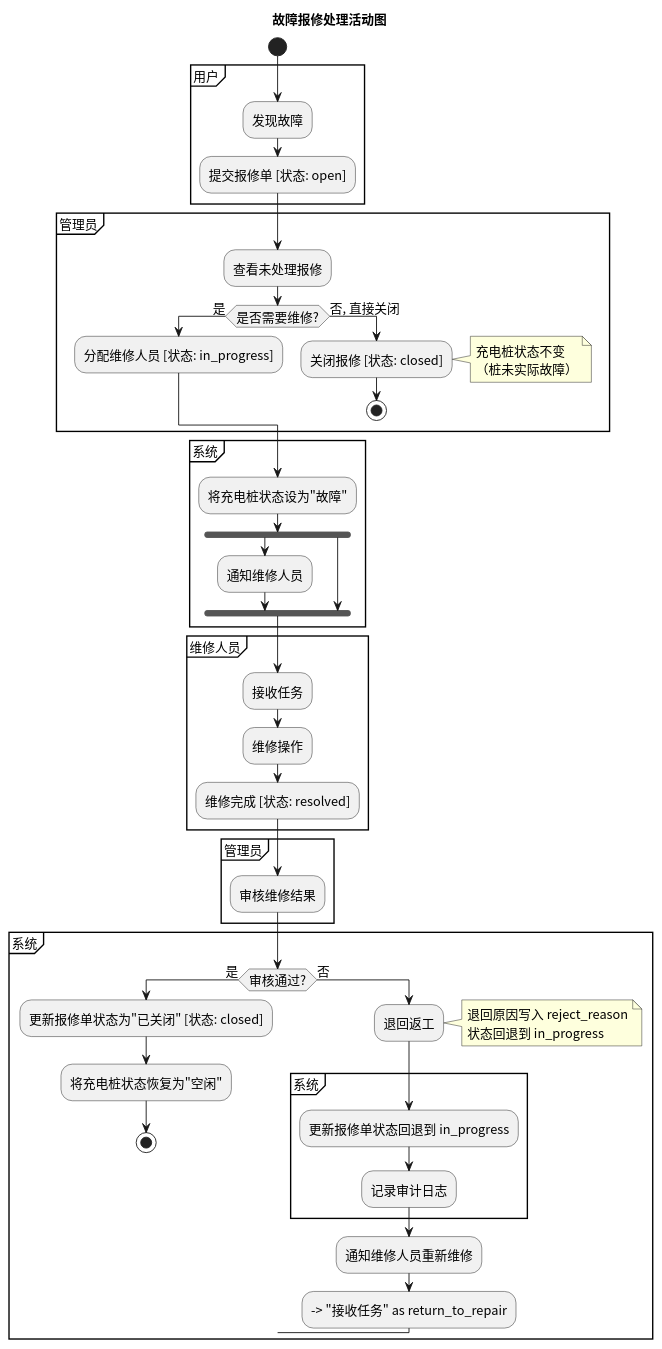
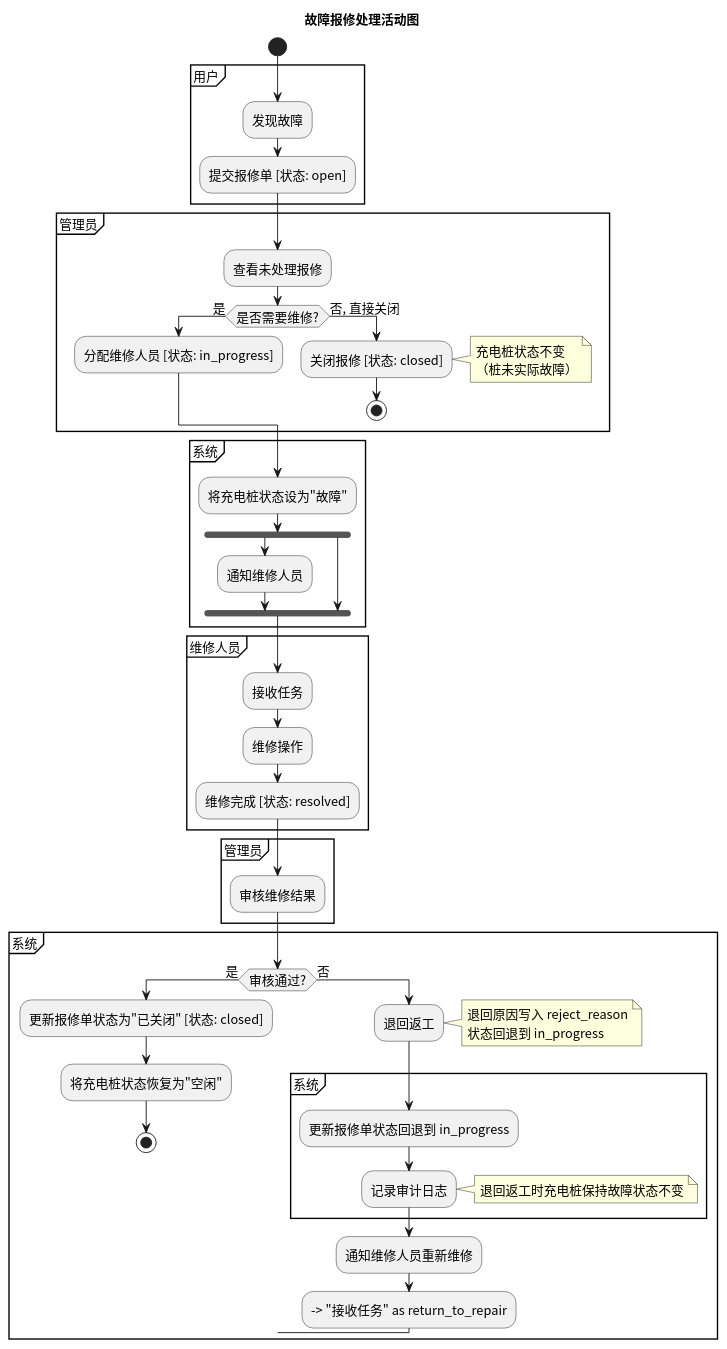
The diagram in activity/src/activity_repair.puml (greenhandzdl/charging-station-doc), drawn with PlantUML before and after one commit. The commit also changed 6 other files, not shown here.

First line of the commit message:
fix: 第2轮评估修复 — 总览用例图SA补QV、README补充UCS端点、活动图退回分支注说明

```diff
--- a/activity/src/activity_repair.puml
+++ b/activity/src/activity_repair.puml
@@ -1,58 +1,59 @@
 @startuml
 skinparam defaultFontName "Noto Sans CJK SC"
 skinparam defaultFontSize 14
 title 故障报修处理活动图
 start
 
 partition "用户" {
   :发现故障;
   :提交报修单 [状态: open];
 }
 
 partition "管理员" {
   :查看未处理报修;
   if (是否需要维修?) then (是)
     :分配维修人员 [状态: in_progress];
   else (否, 直接关闭)
     :关闭报修 [状态: closed];
     note right: 充电桩状态不变\n（桩未实际故障）
     stop
   endif
 }
 
 partition "系统" {
   :将充电桩状态设为"故障";
   fork
     :通知维修人员;
   fork again
   endfork
 }
 
 partition "维修人员" {
   :接收任务;
   :维修操作;
   :维修完成 [状态: resolved];
 }
 
 partition "管理员" {
   :审核维修结果;
 }
 
 partition "系统" {
   if (审核通过?) then (是)
     :更新报修单状态为"已关闭" [状态: closed];
     :将充电桩状态恢复为"空闲";
     stop
   else (否)
     :退回返工;
     note right: 退回原因写入 reject_reason\n状态回退到 in_progress
     partition "系统" {
       :更新报修单状态回退到 in_progress;
       :记录审计日志;
+      note right: 退回返工时充电桩保持故障状态不变
     }
     :通知维修人员重新维修;
     --> "接收任务" as return_to_repair
   endif
 }
 
 @enduml
```
